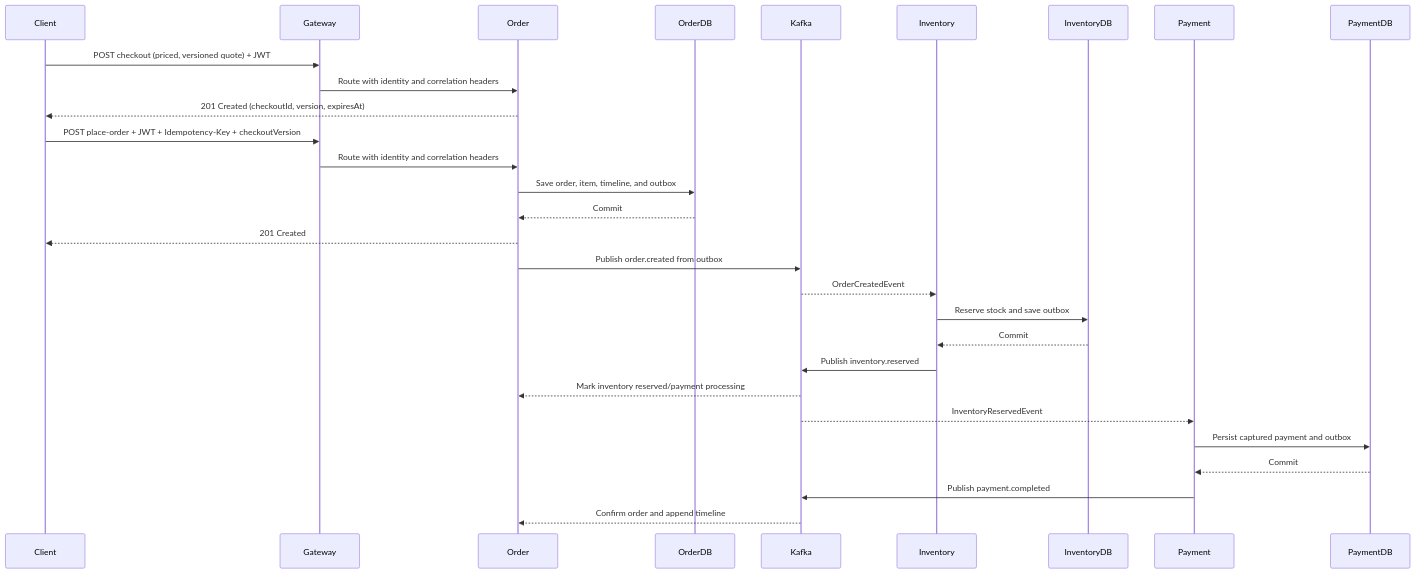
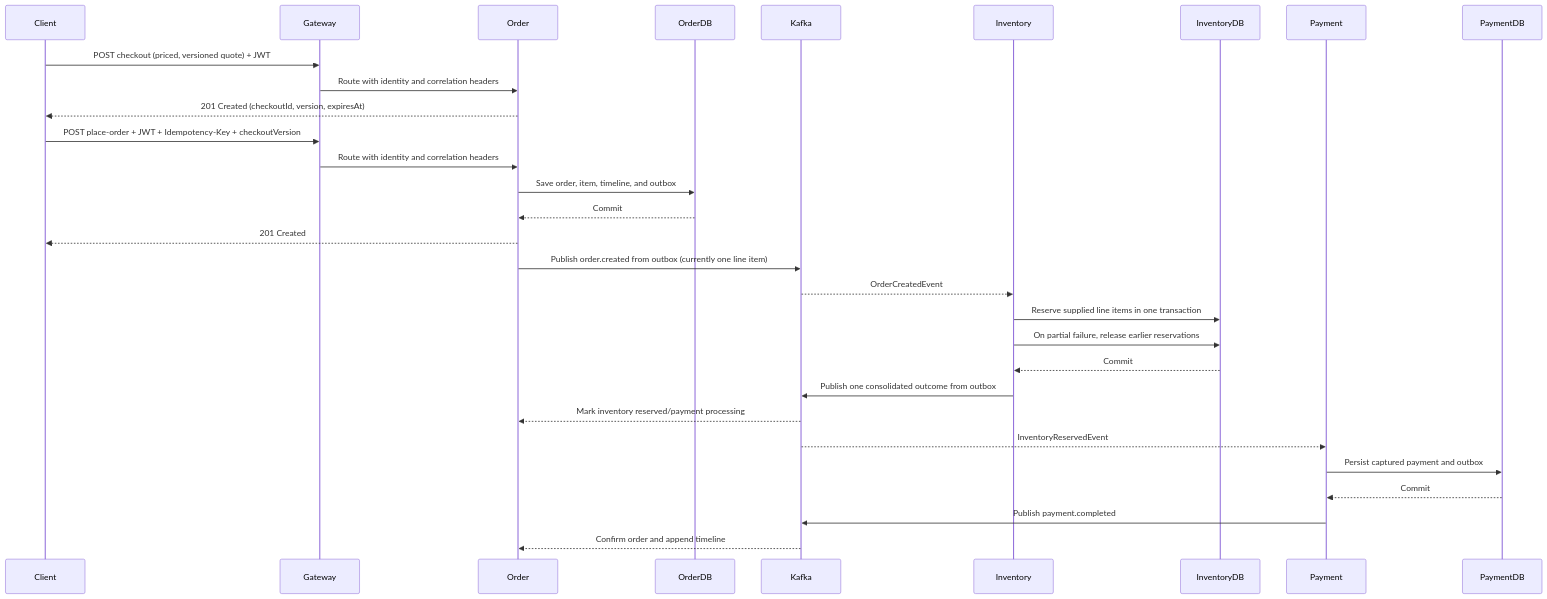
One commit to taukhir/shopverse changed the third of 6 diagrams in docs/architecture/CHECKOUT-SECURITY-EVENT-FLOWS.md. Above: the diagram before and after it, drawn with Mermaid. The commit also changed other lines of this file and 90 other files, not shown here.

````diff
--- a/docs/architecture/CHECKOUT-SECURITY-EVENT-FLOWS.md
+++ b/docs/architecture/CHECKOUT-SECURITY-EVENT-FLOWS.md
@@ -65,32 +79,33 @@
 ```mermaid
 sequenceDiagram
     participant Client
     participant Gateway
     participant Order
     participant OrderDB
     participant Kafka
     participant Inventory
     participant InventoryDB
     participant Payment
     participant PaymentDB
 
     Client->>Gateway: POST checkout (priced, versioned quote) + JWT
     Gateway->>Order: Route with identity and correlation headers
     Order-->>Client: 201 Created (checkoutId, version, expiresAt)
     Client->>Gateway: POST place-order + JWT + Idempotency-Key + checkoutVersion
     Gateway->>Order: Route with identity and correlation headers
     Order->>OrderDB: Save order, item, timeline, and outbox
     OrderDB-->>Order: Commit
     Order-->>Client: 201 Created
-    Order->>Kafka: Publish order.created from outbox
+    Order->>Kafka: Publish order.created from outbox (currently one line item)
     Kafka-->>Inventory: OrderCreatedEvent
-    Inventory->>InventoryDB: Reserve stock and save outbox
+    Inventory->>InventoryDB: Reserve supplied line items in one transaction
+    Inventory->>InventoryDB: On partial failure, release earlier reservations
     InventoryDB-->>Inventory: Commit
-    Inventory->>Kafka: Publish inventory.reserved
+    Inventory->>Kafka: Publish one consolidated outcome from outbox
     Kafka-->>Order: Mark inventory reserved/payment processing
     Kafka-->>Payment: InventoryReservedEvent
     Payment->>PaymentDB: Persist captured payment and outbox
     PaymentDB-->>Payment: Commit
     Payment->>Kafka: Publish payment.completed
     Kafka-->>Order: Confirm order and append timeline
 ```
````
